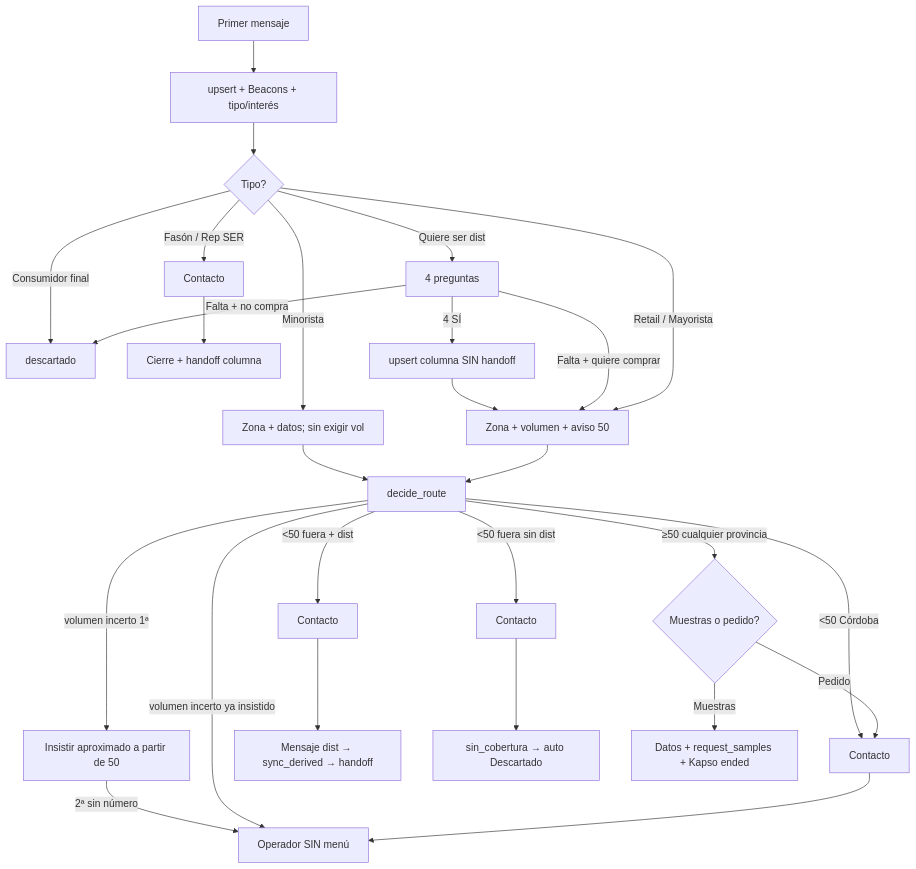
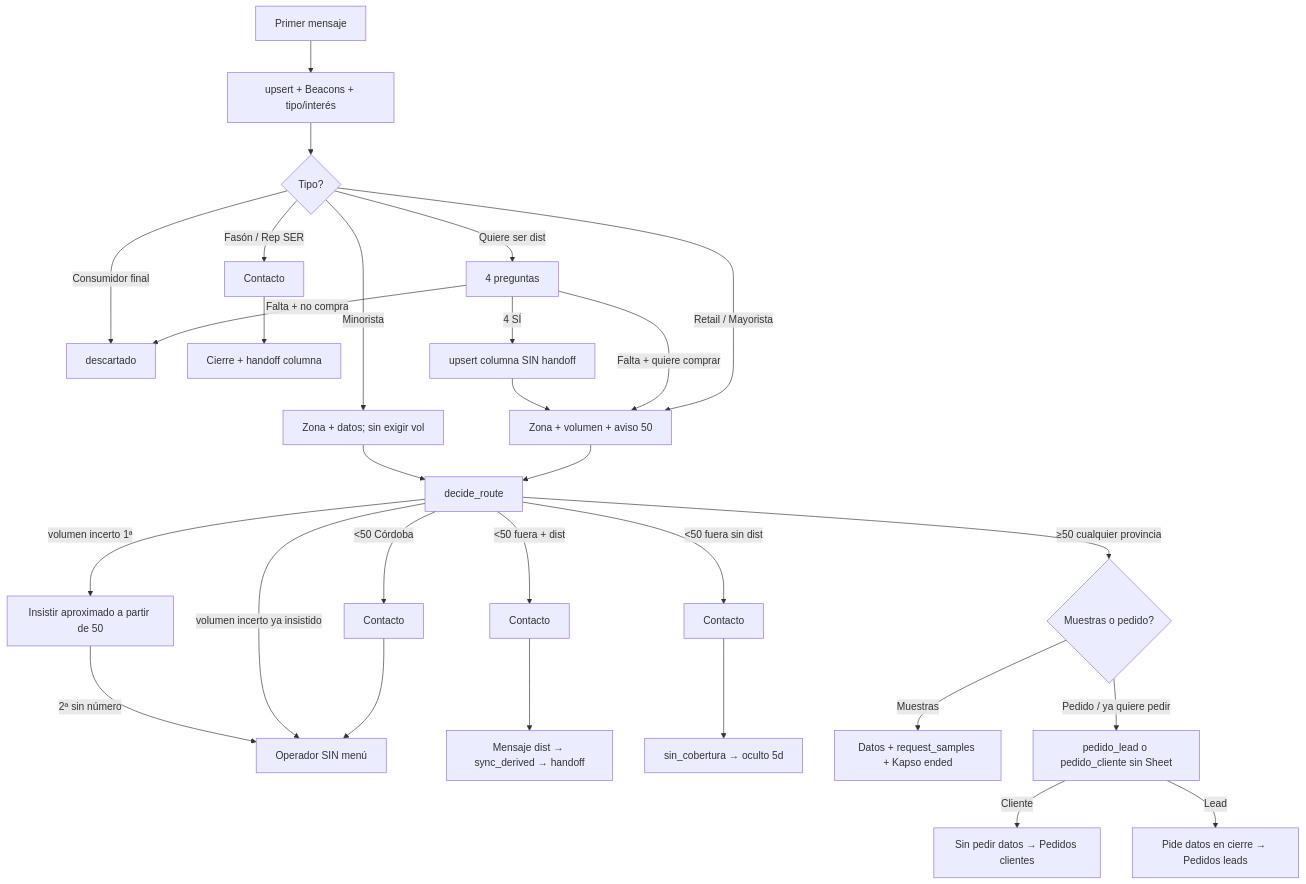
One commit to fecotechSolutions/tool-coolmeals changed the diagram in docs/planilla-flujo-ia-anexo-prompt.md. Above: the diagram before and after it, drawn with Mermaid. The commit also changed other lines of this file and 26 other files, not shown here.

````diff
--- a/docs/planilla-flujo-ia-anexo-prompt.md
+++ b/docs/planilla-flujo-ia-anexo-prompt.md
@@ -60,24 +64,26 @@
 ```mermaid
 flowchart TD
   A[Primer mensaje] --> B[upsert + Beacons + tipo/interés]
   B --> C{Tipo?}
   C -->|Consumidor final| Z[descartado]
   C -->|Fasón / Rep SER| CT[Contacto] --> H[Cierre + handoff columna]
   C -->|Quiere ser dist| Q[4 preguntas]
   Q -->|4 SÍ| QD[upsert columna SIN handoff] --> E
   Q -->|Falta + no compra| Z
   Q -->|Falta + quiere comprar| E
   C -->|Minorista| D[Zona + datos; sin exigir vol]
   C -->|Retail / Mayorista| E[Zona + volumen + aviso 50]
   D --> R[decide_route]
   E --> R
   R -->|volumen incerto 1ª| V1[Insistir aproximado a partir de 50]
   V1 -->|2ª sin número| H2[Operador SIN menú]
   R -->|volumen incerto ya insistido| H2
   R -->|≥50 cualquier provincia| M{Muestras o pedido?}
   R -->|<50 Córdoba| CT2[Contacto] --> H2
   R -->|<50 fuera + dist| CT3[Contacto] --> Dist[Mensaje dist → sync_derived → handoff]
-  R -->|<50 fuera sin dist| CT4[Contacto] --> SC[sin_cobertura → auto Descartado]
+  R -->|<50 fuera sin dist| CT4[Contacto] --> SC[sin_cobertura → oculto 5d]
   M -->|Muestras| MS[Datos + request_samples + Kapso ended]
-  M -->|Pedido| CT2
+  M -->|Pedido / ya quiere pedir| PD[pedido_lead o pedido_cliente sin Sheet]
+  PD -->|Cliente| PC[Sin pedir datos → Pedidos clientes]
+  PD -->|Lead| PL[Pide datos en cierre → Pedidos leads]
 ```
````
